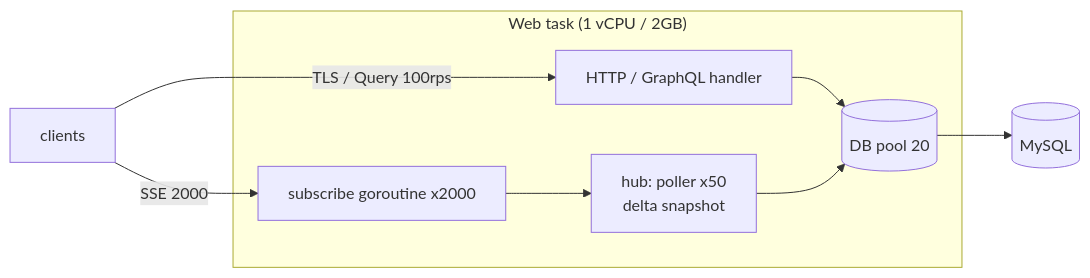
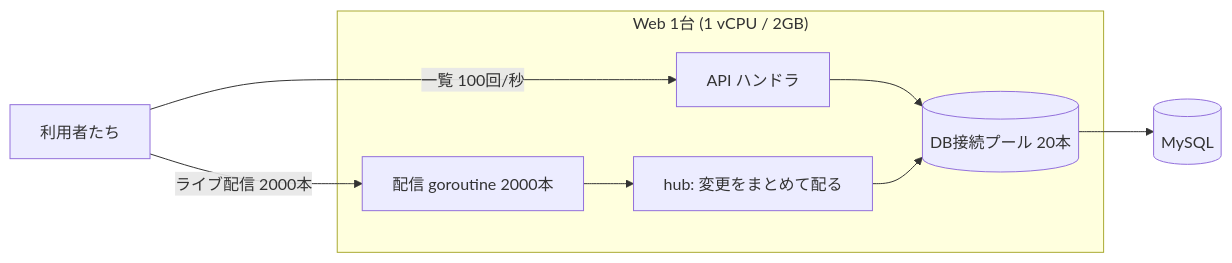
The fourth of 7 diagrams in docs/worked-examples.md (aq35/sample_manual), drawn with Mermaid before and after one commit. The commit also changed other lines of this file, not shown here.

````diff
--- a/docs/worked-examples.md
+++ b/docs/worked-examples.md
@@ -106,11 +119,11 @@
 ```mermaid
 flowchart LR
-  C["clients"] -->|"TLS / Query 100rps"| H["HTTP / GraphQL handler"]
-  C -->|"SSE 2000"| S["subscribe goroutine x2000"]
-  subgraph WEB["Web task (1 vCPU / 2GB)"]
-    H --> POOL[("DB pool 20")]
-    S --> HUB["hub: poller x50<br/>delta snapshot"]
+  C["利用者たち"] -->|"一覧 100回/秒"| H["API ハンドラ"]
+  C -->|"ライブ配信 2000本"| S["配信 goroutine 2000本"]
+  subgraph WEB["Web 1台 (1 vCPU / 2GB)"]
+    H --> POOL[("DB接続プール 20本")]
+    S --> HUB["hub: 変更をまとめて配る"]
     HUB --> POOL
   end
   POOL --> DB[("MySQL")]
 ```
````
